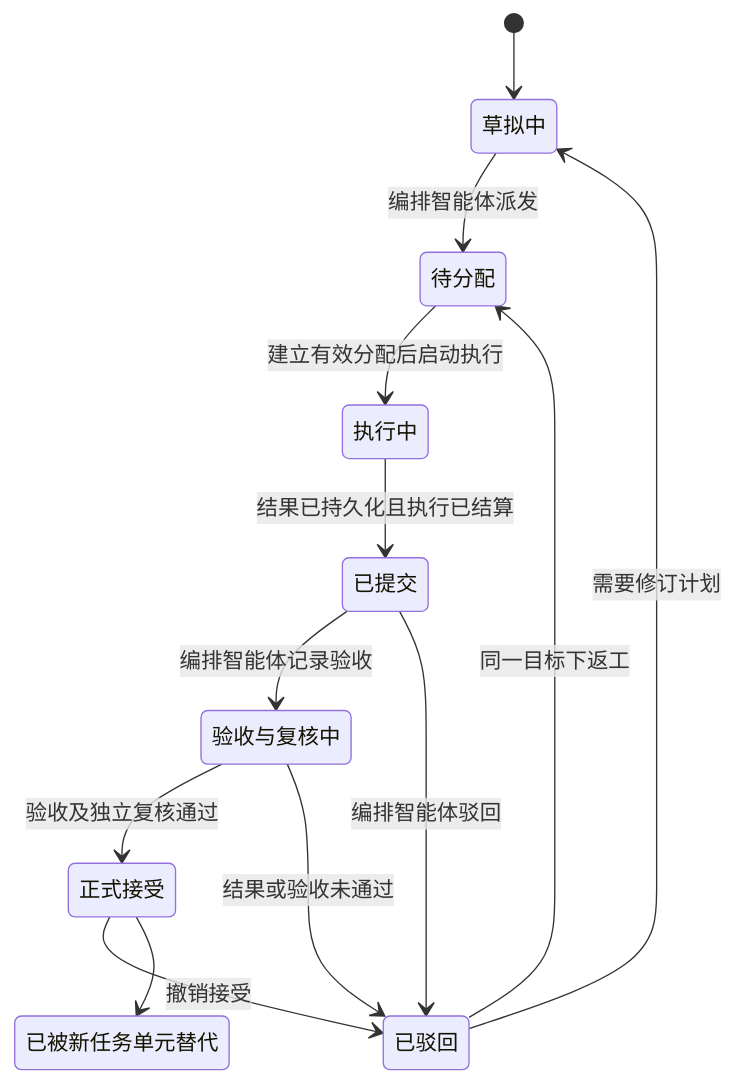
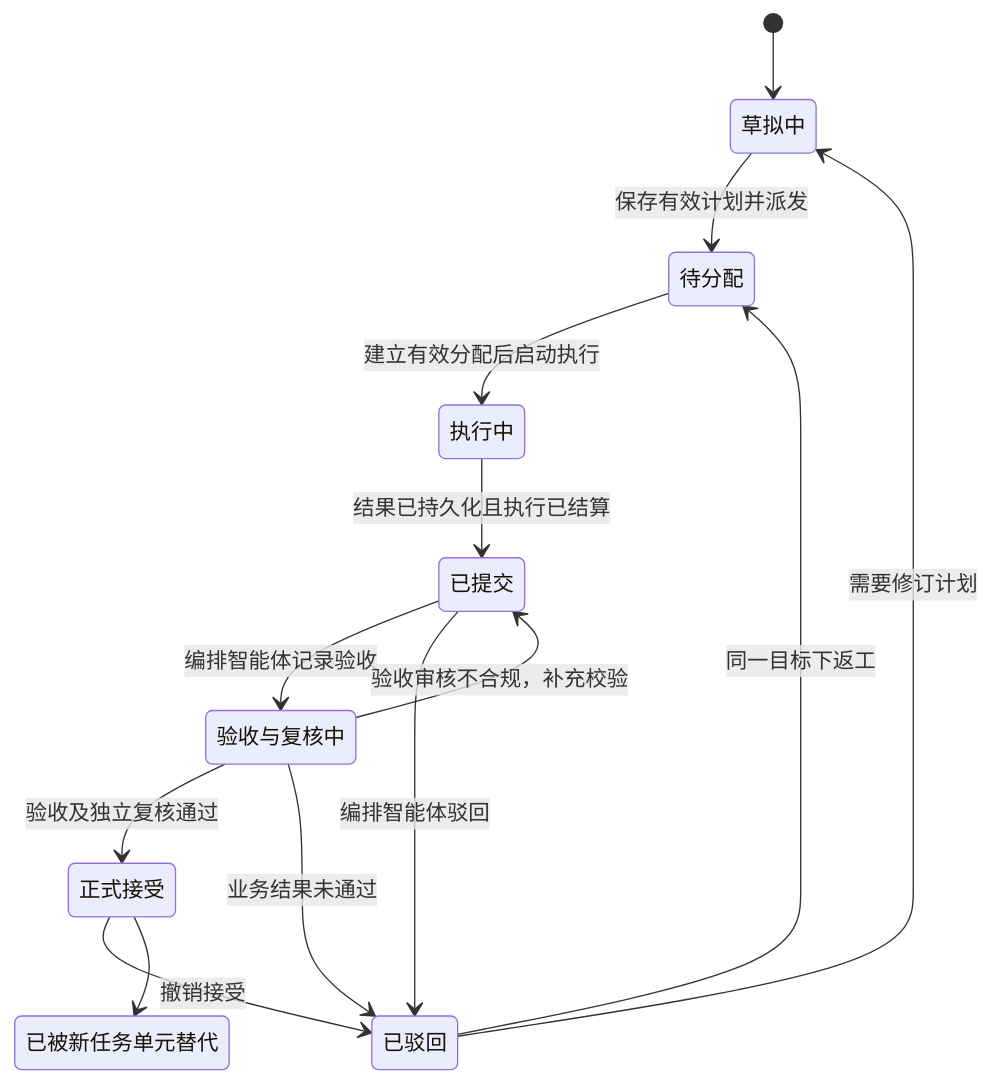
One commit to Luohaothu/dsh-flow changed the second of 2 diagrams in docs/design/dispatch.md. Above: the diagram before and after it, drawn with Mermaid. The commit also changed other lines of this file and 65 other files, not shown here.

````diff
--- a/docs/design/dispatch.md
+++ b/docs/design/dispatch.md
@@ -122,23 +126,24 @@
 ```mermaid
 stateDiagram-v2
     state "草拟中" as DRAFT
     state "待分配" as READY
     state "执行中" as RUNNING
     state "已提交" as SUBMITTED
     state "验收与复核中" as VALIDATING
     state "正式接受" as ACCEPTED
     state "已驳回" as REJECTED
     state "已被新任务单元替代" as SUPERSEDED
     [*] --> DRAFT
-    DRAFT --> READY: 编排智能体派发
+    DRAFT --> READY: 保存有效计划并派发
     READY --> RUNNING: 建立有效分配后启动执行
     RUNNING --> SUBMITTED: 结果已持久化且执行已结算
     SUBMITTED --> VALIDATING: 编排智能体记录验收
     SUBMITTED --> REJECTED: 编排智能体驳回
     VALIDATING --> ACCEPTED: 验收及独立复核通过
-    VALIDATING --> REJECTED: 结果或验收未通过
+    VALIDATING --> SUBMITTED: 验收审核不合规，补充校验
+    VALIDATING --> REJECTED: 业务结果未通过
     REJECTED --> READY: 同一目标下返工
     REJECTED --> DRAFT: 需要修订计划
     ACCEPTED --> REJECTED: 撤销接受
     ACCEPTED --> SUPERSEDED
 ```
````
